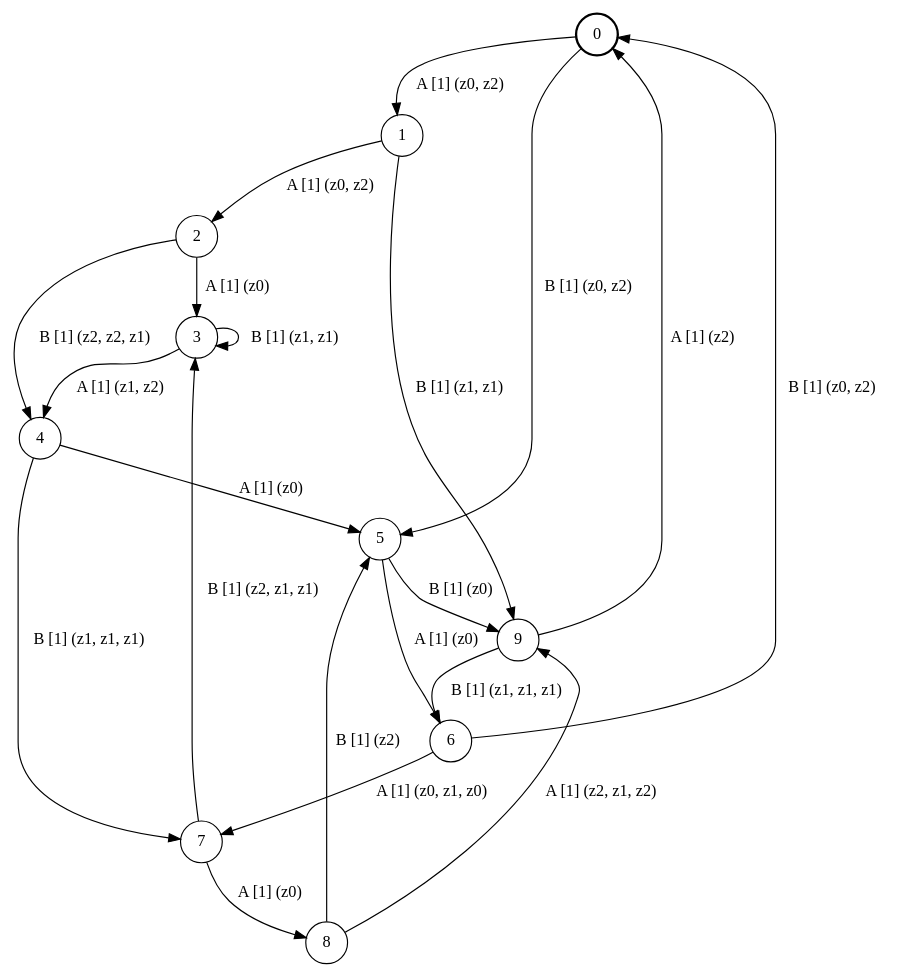
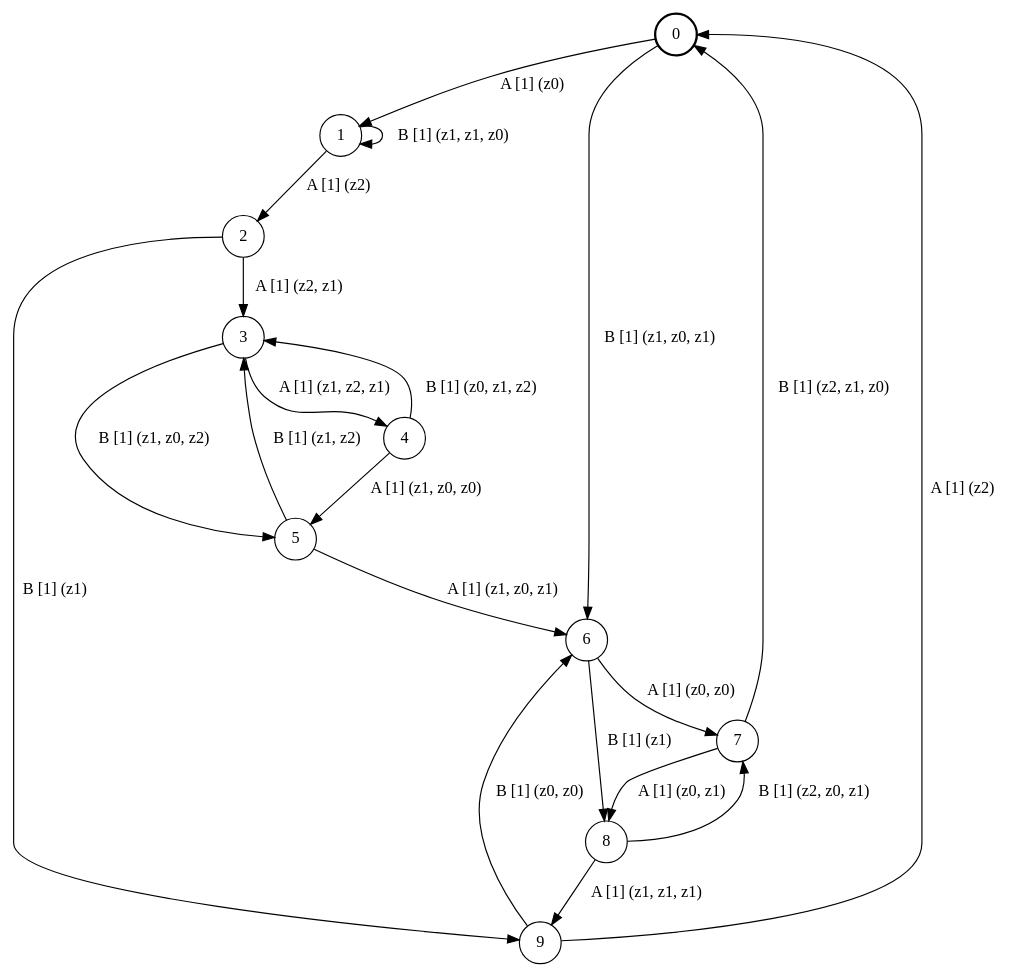
One commit to ulyantsev/EFSM-tools changed the diagram in qbf/testing/fsm_10s2e3a.dot. Above: the diagram before and after it, drawn with Graphviz. The commit also changed 3063 other files, not shown here.

```diff
--- a/qbf/testing/fsm_10s2e3a.dot
+++ b/qbf/testing/fsm_10s2e3a.dot
@@ -1,26 +1,26 @@
 # generated file, don't try to modify
 # command: dot -Tpng <filename> > tree.png
 digraph Automaton {
     node [shape = circle];
     0 [style = "bold"];
-    0 -> 1 [label = "A [1] (z0, z2) "];
-    0 -> 5 [label = "B [1] (z0, z2) "];
-    1 -> 2 [label = "A [1] (z0, z2) "];
-    1 -> 9 [label = "B [1] (z1, z1) "];
-    2 -> 3 [label = "A [1] (z0) "];
-    2 -> 4 [label = "B [1] (z2, z2, z1) "];
-    3 -> 4 [label = "A [1] (z1, z2) "];
-    3 -> 3 [label = "B [1] (z1, z1) "];
-    4 -> 5 [label = "A [1] (z0) "];
-    4 -> 7 [label = "B [1] (z1, z1, z1) "];
-    5 -> 6 [label = "A [1] (z0) "];
-    5 -> 9 [label = "B [1] (z0) "];
-    6 -> 7 [label = "A [1] (z0, z1, z0) "];
-    6 -> 0 [label = "B [1] (z0, z2) "];
-    7 -> 8 [label = "A [1] (z0) "];
-    7 -> 3 [label = "B [1] (z2, z1, z1) "];
-    8 -> 9 [label = "A [1] (z2, z1, z2) "];
-    8 -> 5 [label = "B [1] (z2) "];
+    0 -> 1 [label = "A [1] (z0) "];
+    0 -> 6 [label = "B [1] (z1, z0, z1) "];
+    1 -> 2 [label = "A [1] (z2) "];
+    1 -> 1 [label = "B [1] (z1, z1, z0) "];
+    2 -> 3 [label = "A [1] (z2, z1) "];
+    2 -> 9 [label = "B [1] (z1) "];
+    3 -> 4 [label = "A [1] (z1, z2, z1) "];
+    3 -> 5 [label = "B [1] (z1, z0, z2) "];
+    4 -> 5 [label = "A [1] (z1, z0, z0) "];
+    4 -> 3 [label = "B [1] (z0, z1, z2) "];
+    5 -> 6 [label = "A [1] (z1, z0, z1) "];
+    5 -> 3 [label = "B [1] (z1, z2) "];
+    6 -> 7 [label = "A [1] (z0, z0) "];
+    6 -> 8 [label = "B [1] (z1) "];
+    7 -> 8 [label = "A [1] (z0, z1) "];
+    7 -> 0 [label = "B [1] (z2, z1, z0) "];
+    8 -> 9 [label = "A [1] (z1, z1, z1) "];
+    8 -> 7 [label = "B [1] (z2, z0, z1) "];
     9 -> 0 [label = "A [1] (z2) "];
-    9 -> 6 [label = "B [1] (z1, z1, z1) "];
+    9 -> 6 [label = "B [1] (z0, z0) "];
 }
```
